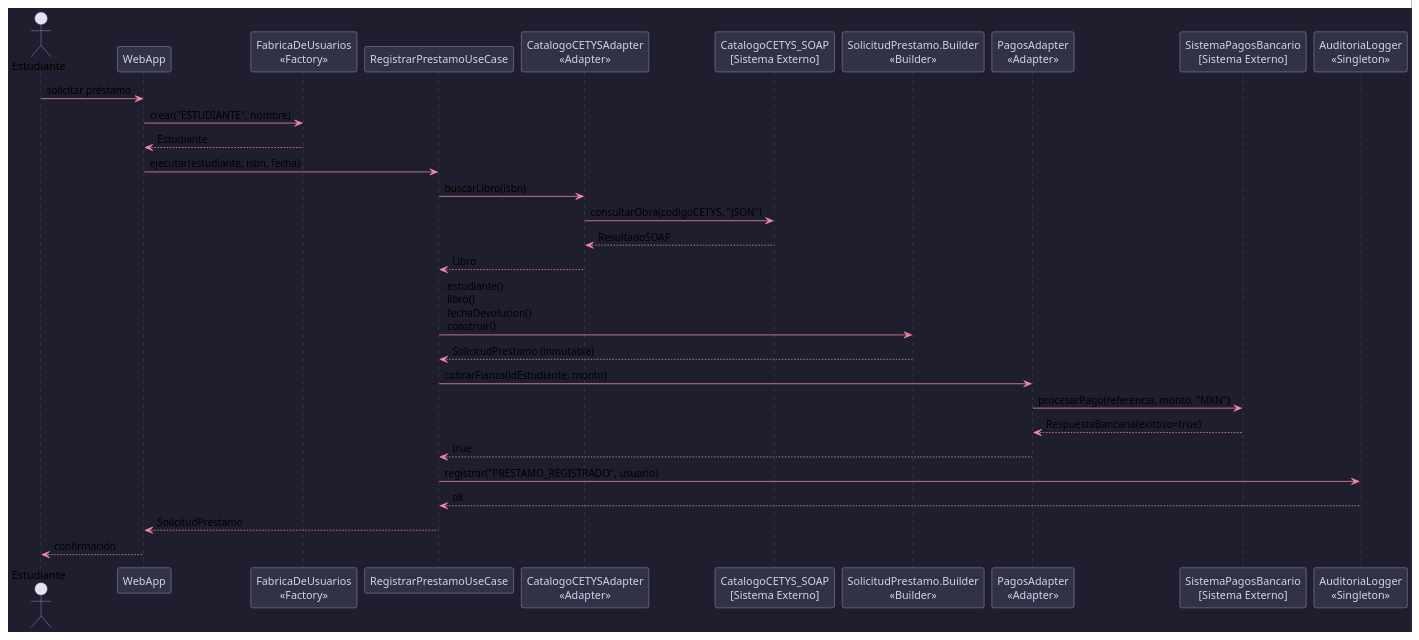
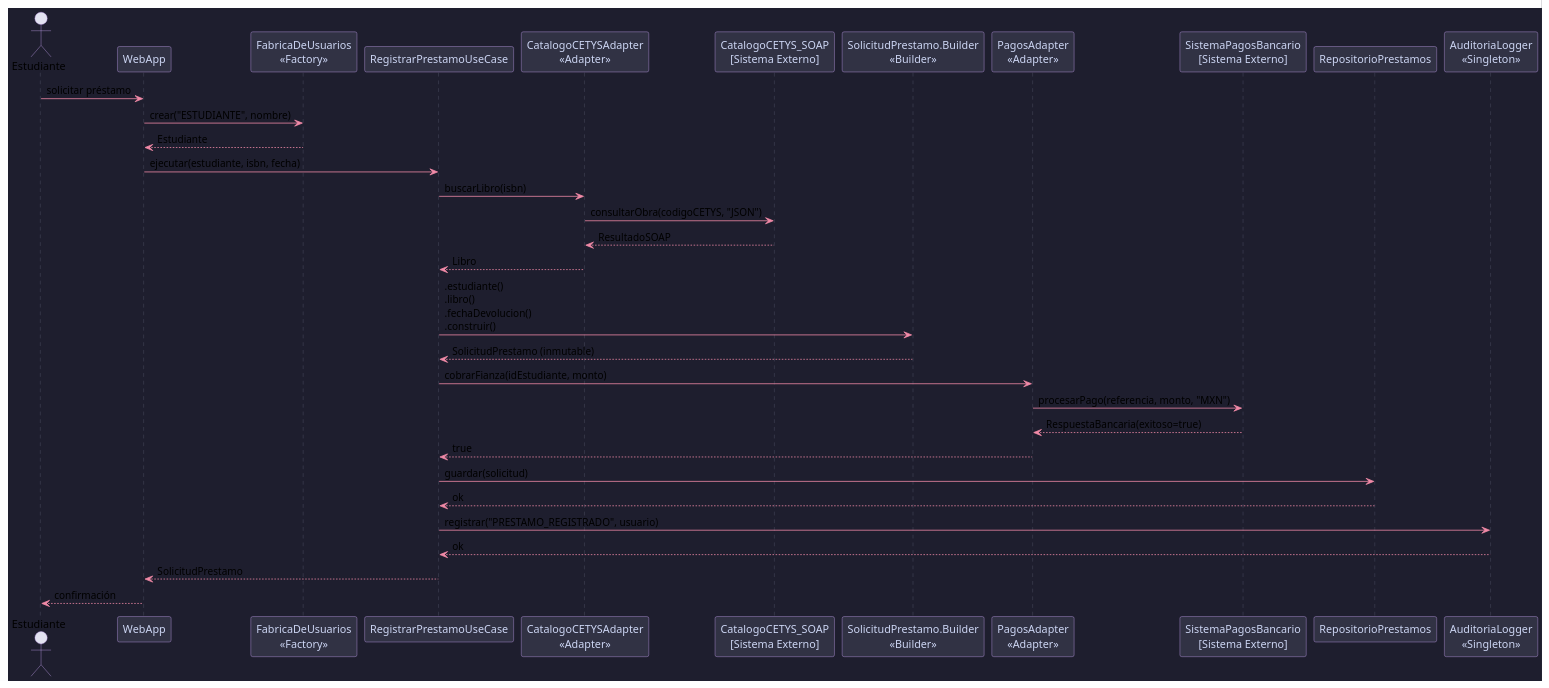
The diagram in Seccion4-Sintesis/04-secuencia-flujo.puml (acero08/ExamenSegundoParcial), drawn with PlantUML before and after one commit. The commit also changed 4 other files, not shown here.

```diff
--- a/Seccion4-Sintesis/04-secuencia-flujo.puml
+++ b/Seccion4-Sintesis/04-secuencia-flujo.puml
@@ -1,46 +1,50 @@
 @startuml Secuencia-FlujoCompleto
 skinparam backgroundColor #1e1e2e
 skinparam sequence {
     ArrowColor #f38ba8
     ActorBorderColor #cba6f7
     LifeLineBorderColor #585b70
     ParticipantBackgroundColor #313244
     ParticipantBorderColor #cba6f7
     ParticipantFontColor #cdd6f4
 }
 
 actor Estudiante
 participant "WebApp" as Web
 participant "FabricaDeUsuarios\n<<Factory>>" as Factory
 participant "RegistrarPrestamoUseCase" as UC
 participant "CatalogoCETYSAdapter\n<<Adapter>>" as AdapCat
 participant "CatalogoCETYS_SOAP\n[Sistema Externo]" as SOAP
 participant "SolicitudPrestamo.Builder\n<<Builder>>" as Builder
 participant "PagosAdapter\n<<Adapter>>" as AdapPag
 participant "SistemaPagosBancario\n[Sistema Externo]" as Banco
+participant "RepositorioPrestamos" as Repo
 participant "AuditoriaLogger\n<<Singleton>>" as Logger
 
 Estudiante -> Web : solicitar préstamo
 Web -> Factory : crear("ESTUDIANTE", nombre)
 Factory --> Web : Estudiante
 
 Web -> UC : ejecutar(estudiante, isbn, fecha)
 UC -> AdapCat : buscarLibro(isbn)
 AdapCat -> SOAP : consultarObra(codigoCETYS, "JSON")
 SOAP --> AdapCat : ResultadoSOAP
 AdapCat --> UC : Libro
 
 UC -> Builder : .estudiante()\n.libro()\n.fechaDevolucion()\n.construir()
 Builder --> UC : SolicitudPrestamo (inmutable)
 
 UC -> AdapPag : cobrarFianza(idEstudiante, monto)
 AdapPag -> Banco : procesarPago(referencia, monto, "MXN")
 Banco --> AdapPag : RespuestaBancaria(exitoso=true)
 AdapPag --> UC : true
 
+UC -> Repo : guardar(solicitud)
+Repo --> UC : ok
+
 UC -> Logger : registrar("PRESTAMO_REGISTRADO", usuario)
 Logger --> UC : ok
 
 UC --> Web : SolicitudPrestamo
 Web --> Estudiante : confirmación
 @enduml
```
